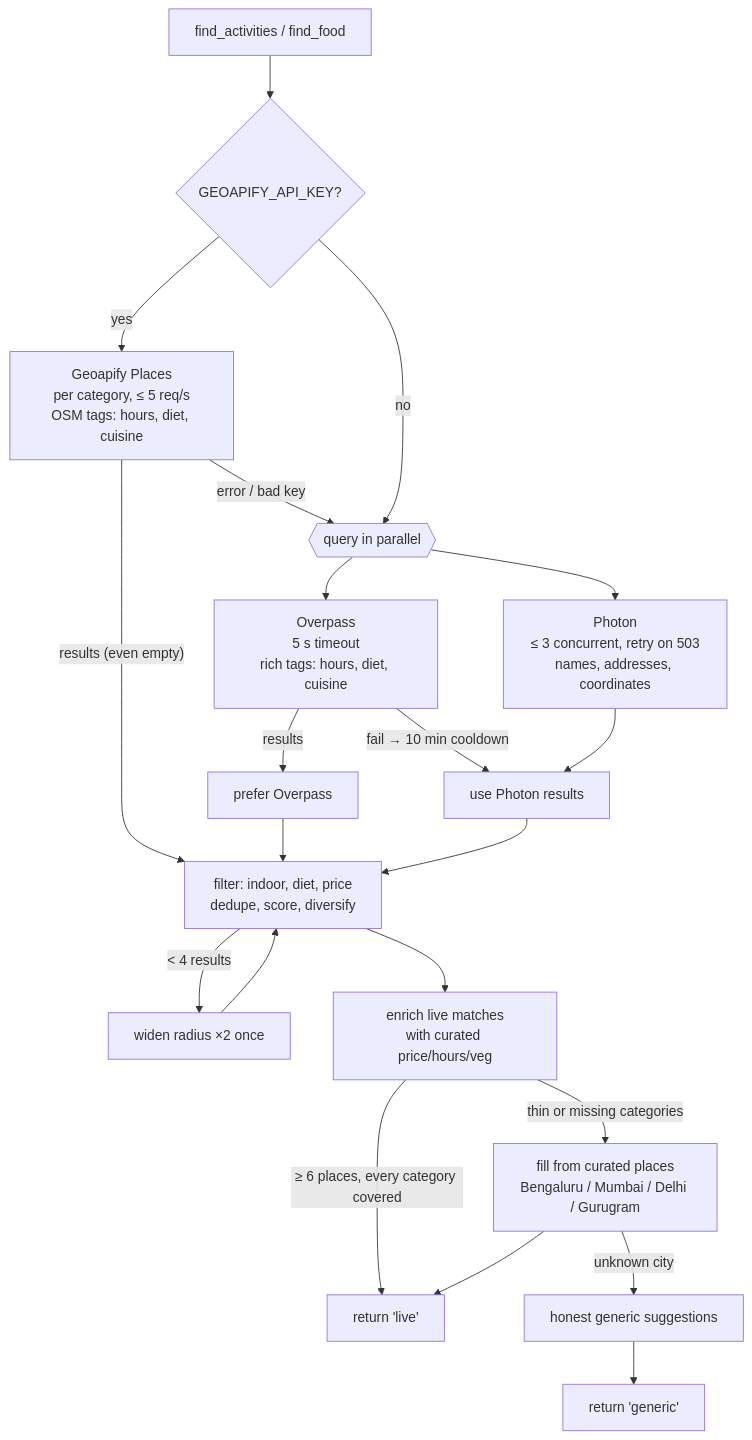
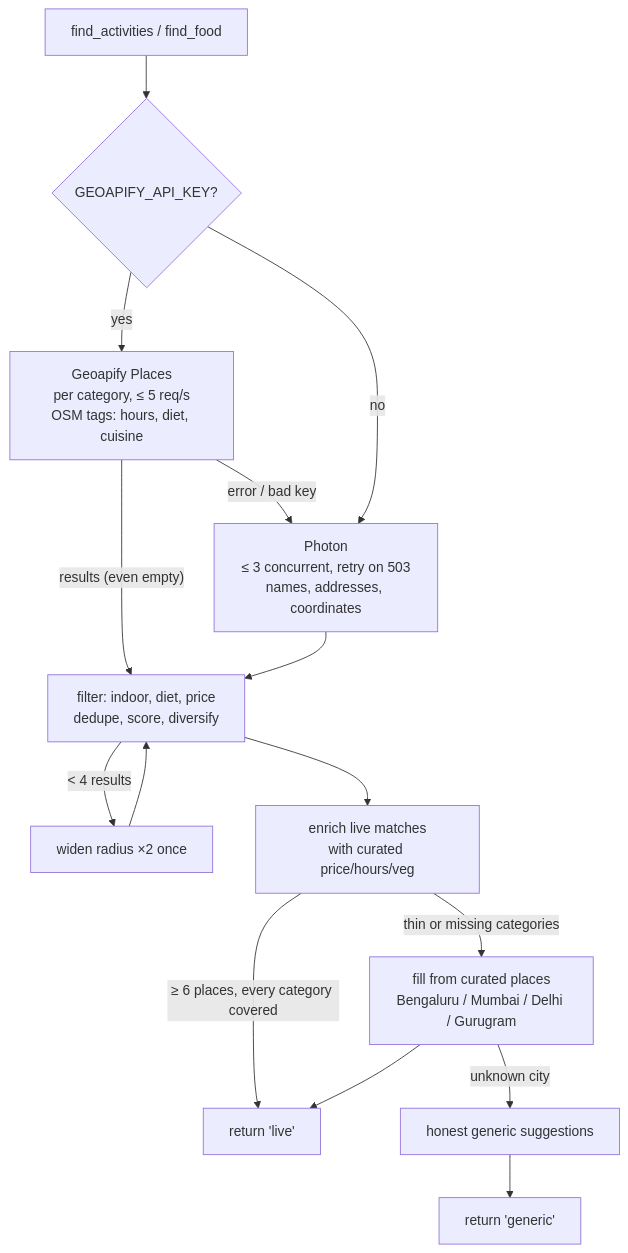
The fourth of 4 diagrams in docs/SYSTEM_DESIGN.md (valayash/perfect-saturday-planner), drawn with Mermaid before and after one commit. The commit also changed other lines of this file and 12 other files, not shown here.

````diff
--- a/docs/SYSTEM_DESIGN.md
+++ b/docs/SYSTEM_DESIGN.md
@@ -234,20 +224,14 @@
 ```mermaid
 flowchart TD
     Q["find_activities / find_food"] --> GEO{"GEOAPIFY_API_KEY?"}
     GEO -- "yes" --> GA["Geoapify Places<br/>per category, ≤ 5 req/s<br/>OSM tags: hours, diet, cuisine"]
     GA -- "results (even empty)" --> F
-    GA -- "error / bad key" --> PAR
-    GEO -- "no" --> PAR{{"query in parallel"}}
-    PAR --> OV["Overpass<br/>5 s timeout<br/>rich tags: hours, diet, cuisine"]
-    PAR --> PH["Photon<br/>≤ 3 concurrent, retry on 503<br/>names, addresses, coordinates"]
-    OV -- "results" --> PICK["prefer Overpass"]
-    OV -- "fail → 10 min cooldown" --> PH2["use Photon results"]
-    PH --> PH2
-    PICK --> F["filter: indoor, diet, price<br/>dedupe, score, diversify"]
-    PH2 --> F
+    GA -- "error / bad key" --> PH
+    GEO -- "no" --> PH["Photon<br/>≤ 3 concurrent, retry on 503<br/>names, addresses, coordinates"]
+    PH --> F["filter: indoor, diet, price<br/>dedupe, score, diversify"]
     F -- "< 4 results" --> WIDEN["widen radius ×2 once"] --> F
     F --> ENR["enrich live matches<br/>with curated price/hours/veg"]
     ENR -- "≥ 6 places, every category covered" --> OUT["return 'live'"]
     ENR -- "thin or missing categories" --> CUR["fill from curated places<br/>Bengaluru / Mumbai / Delhi / Gurugram"] --> OUT
     CUR -- "unknown city" --> GEN["honest generic suggestions"] --> OUT3["return 'generic'"]
 ```
````
